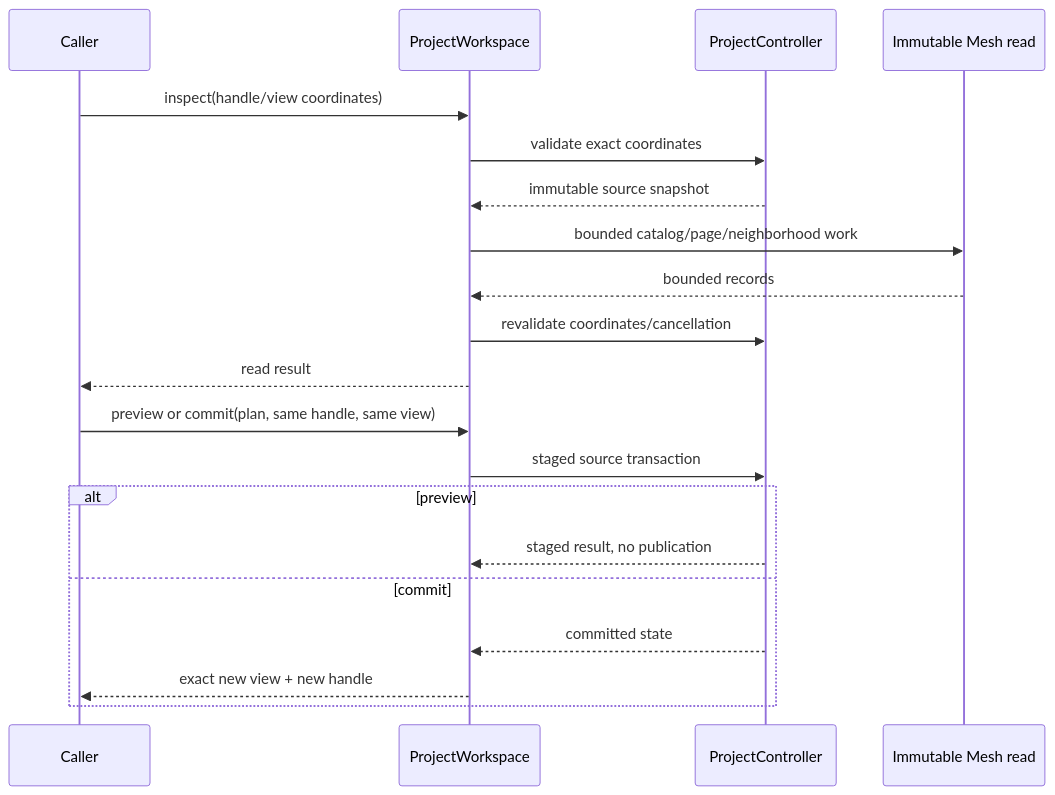
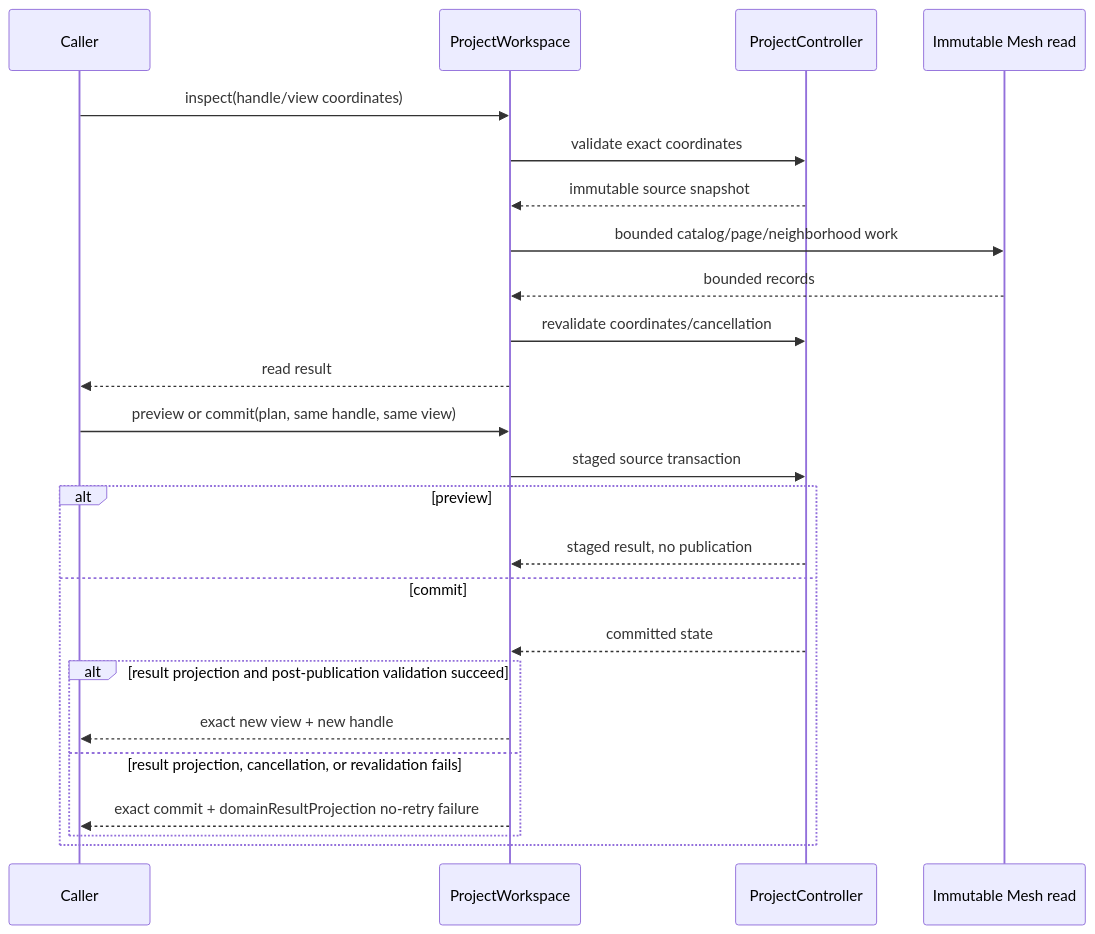
One commit to 1amageek/Rupa changed the third of 3 diagrams in RupaKit/Sources/RupaKit/DESIGN.md. Above: the diagram before and after it, drawn with Mermaid. The commit also changed other lines of this file and 24 other files, not shown here.

````diff
--- a/RupaKit/Sources/RupaKit/DESIGN.md
+++ b/RupaKit/Sources/RupaKit/DESIGN.md
@@ -160,23 +186,27 @@
 ```mermaid
 sequenceDiagram
     participant Caller
     participant W as ProjectWorkspace
     participant P as ProjectController
     participant R as Immutable Mesh read
 
     Caller->>W: inspect(handle/view coordinates)
     W->>P: validate exact coordinates
     P-->>W: immutable source snapshot
     W->>R: bounded catalog/page/neighborhood work
     R-->>W: bounded records
     W->>P: revalidate coordinates/cancellation
     W-->>Caller: read result
     Caller->>W: preview or commit(plan, same handle, same view)
     W->>P: staged source transaction
     alt preview
         P-->>W: staged result, no publication
     else commit
         P-->>W: committed state
-        W-->>Caller: exact new view + new handle
+        alt result projection and post-publication validation succeed
+            W-->>Caller: exact new view + new handle
+        else result projection, cancellation, or revalidation fails
+            W-->>Caller: exact commit + domainResultProjection no-retry failure
+        end
     end
 ```
````
